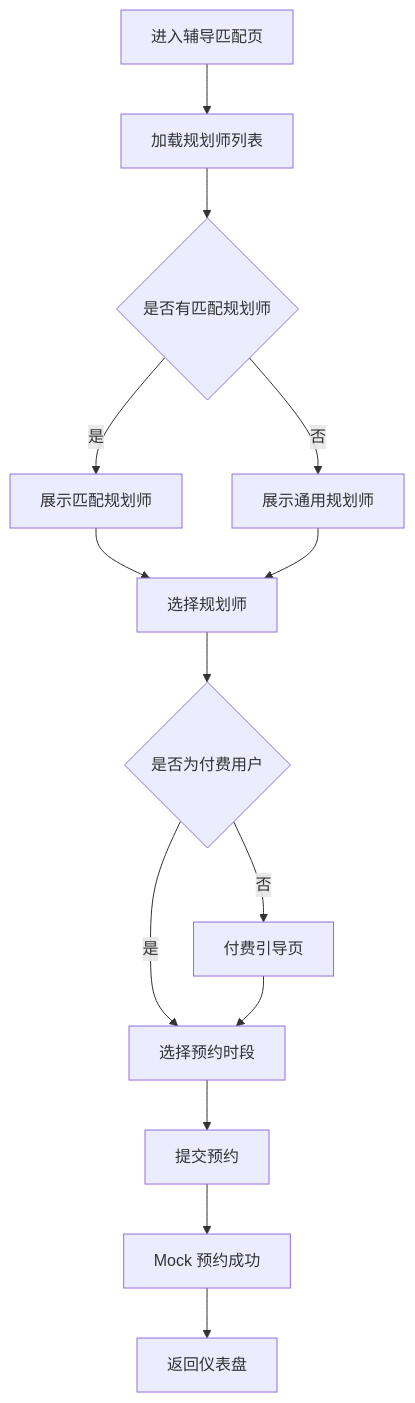
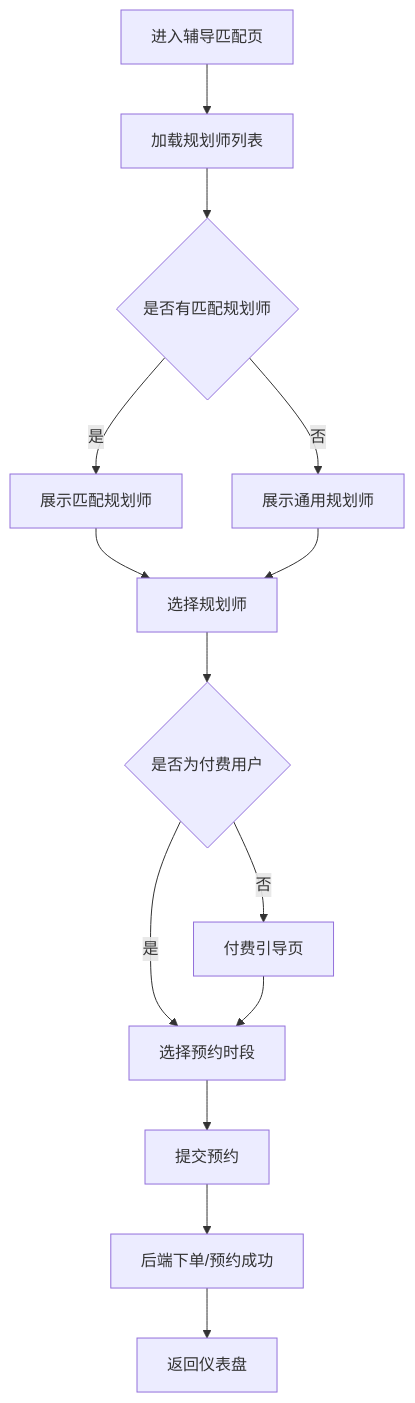
Before and after one commit to rwvc6syb97-maker/ineerquest: the fifth of 5 diagrams in 产品分析报告-MBTI职业规划网页产品.md, drawn with Mermaid. The commit also changed other lines of this file and 4 other files, not shown here.

````diff
--- a/产品分析报告-MBTI职业规划网页产品.md
+++ b/产品分析报告-MBTI职业规划网页产品.md
@@ -332,16 +332,16 @@
 ```mermaid
 graph TD
     A[进入辅导匹配页] --> B[加载规划师列表]
     B --> C{是否有匹配规划师}
     C -->|是| D[展示匹配规划师]
     C -->|否| E[展示通用规划师]
     D --> F[选择规划师]
     E --> F
     F --> G{是否为付费用户}
     G -->|否| H[付费引导页]
     G -->|是| I[选择预约时段]
     H --> I
     I --> J[提交预约]
-    J --> K[Mock 预约成功]
+    J --> K[后端下单/预约成功]
     K --> L[返回仪表盘]
 ```
````
